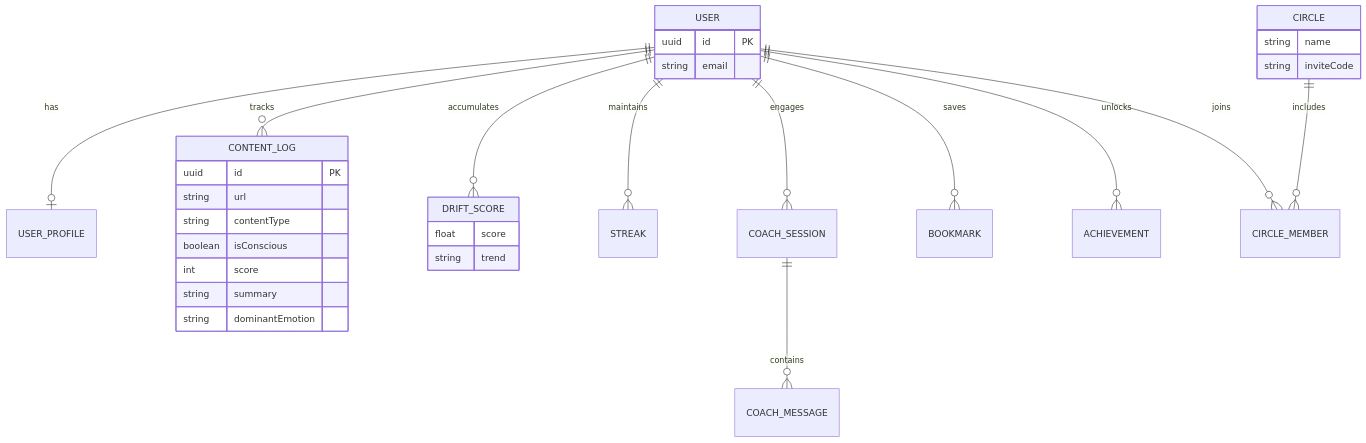
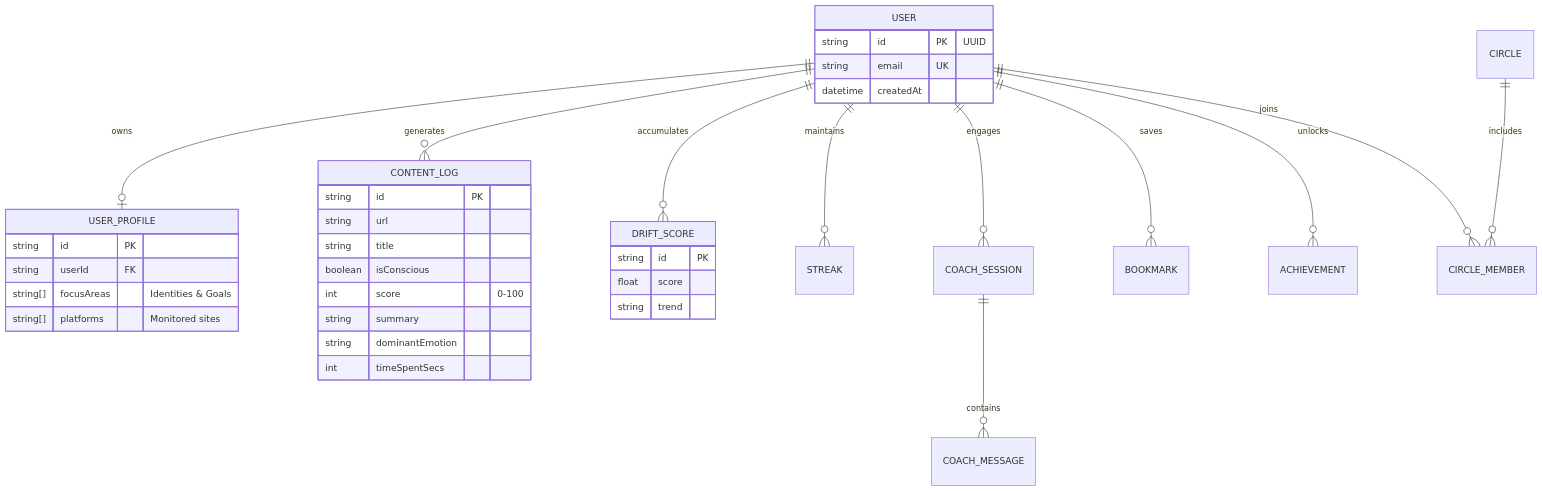
The second of 2 diagrams in README.md (harshitnub077/Cognify), drawn with Mermaid before and after one commit. The commit also changed other lines of this file, not shown here.

Commit message:
docs: Completely revamp README with professional ER diagram and project architecture

````diff
--- a/README.md
+++ b/README.md
@@ -82,39 +62,44 @@
 ```mermaid
 erDiagram
-    USER ||--o| USER_PROFILE : has
-    USER ||--o{ CONTENT_LOG : tracks
+    USER ||--o| USER_PROFILE : owns
+    USER ||--o{ CONTENT_LOG : generates
     USER ||--o{ DRIFT_SCORE : accumulates
     USER ||--o{ STREAK : maintains
     USER ||--o{ COACH_SESSION : engages
     USER ||--o{ BOOKMARK : saves
     USER ||--o{ ACHIEVEMENT : unlocks
     USER ||--o{ CIRCLE_MEMBER : joins
 
     COACH_SESSION ||--o{ COACH_MESSAGE : contains
     CIRCLE ||--o{ CIRCLE_MEMBER : includes
 
     USER {
-        uuid id PK
-        string email
+        string id PK "UUID"
+        string email UK
+        datetime createdAt
     }
     
+    USER_PROFILE {
+        string id PK
+        string userId FK
+        string[] focusAreas "Identities & Goals"
+        string[] platforms "Monitored sites"
+    }
+
     CONTENT_LOG {
-        uuid id PK
+        string id PK
         string url
-        string contentType
+        string title
         boolean isConscious
-        int score
+        int score "0-100"
         string summary
         string dominantEmotion
+        int timeSpentSecs
     }
     
     DRIFT_SCORE {
+        string id PK
         float score
         string trend
     }
-    
-    CIRCLE {
-        string name
-        string inviteCode
-    }
 ```
````
